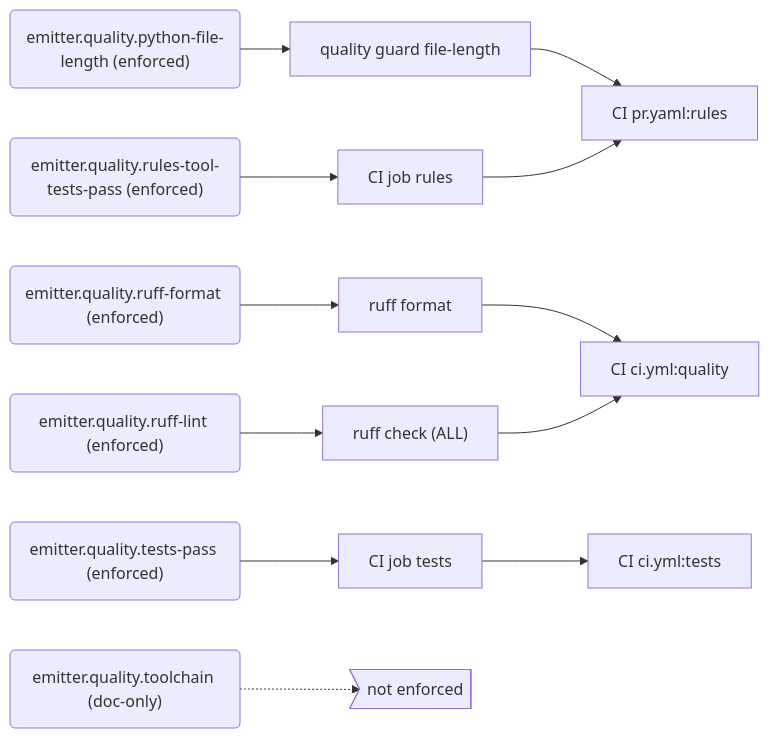
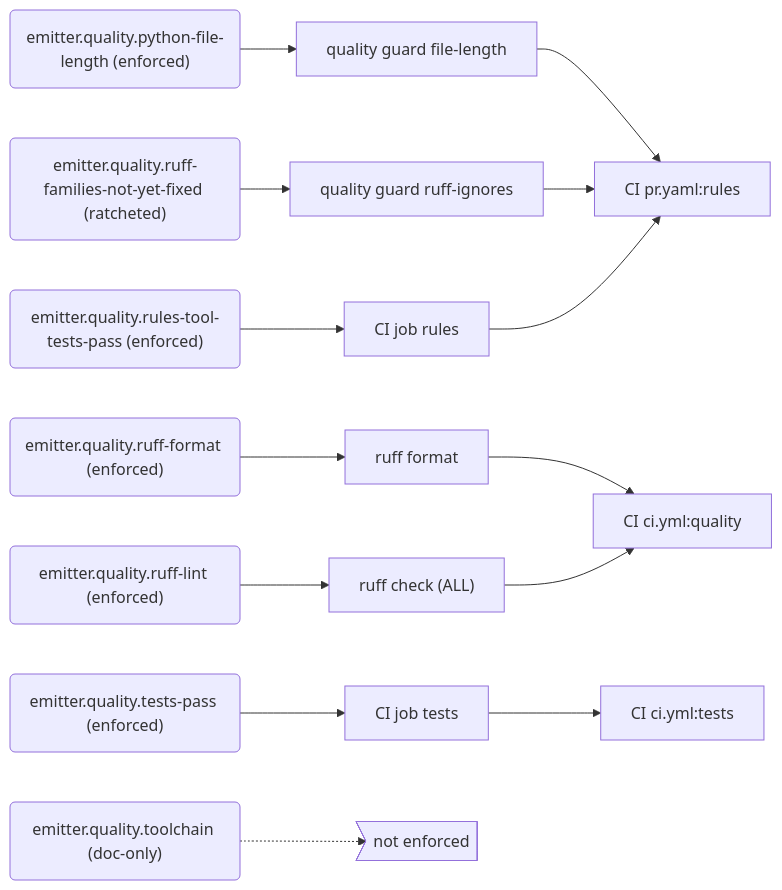
The sixth of 9 diagrams in docs/generated/rules.md (PolicyEngine/local-services), drawn with Mermaid before and after one commit. The commit also changed other lines of this file and 6 other files, not shown here.

First line of the commit message:
Ratchet the Ruff rule families not fixed yet

````diff
--- a/docs/generated/rules.md
+++ b/docs/generated/rules.md
@@ -237,29 +243,33 @@
 ```mermaid
 flowchart LR
   r_emitter_quality_python_file_length("emitter.quality.python-file-length (enforced)")
   e_quality_guard_file_length["quality guard file-length"]
   j_CI_pr_yaml_rules["CI pr.yaml:rules"]
+  r_emitter_quality_ruff_families_not_yet_fixed("emitter.quality.ruff-families-not-yet-fixed (ratcheted)")
+  e_quality_guard_ruff_ignores["quality guard ruff-ignores"]
   r_emitter_quality_ruff_format("emitter.quality.ruff-format (enforced)")
   e_ruff_format["ruff format"]
   j_CI_ci_yml_quality["CI ci.yml:quality"]
   r_emitter_quality_ruff_lint("emitter.quality.ruff-lint (enforced)")
   e_ruff_check__ALL_["ruff check (ALL)"]
   r_emitter_quality_rules_tool_tests_pass("emitter.quality.rules-tool-tests-pass (enforced)")
   e_CI_job_rules["CI job rules"]
   r_emitter_quality_tests_pass("emitter.quality.tests-pass (enforced)")
   e_CI_job_tests["CI job tests"]
   j_CI_ci_yml_tests["CI ci.yml:tests"]
   r_emitter_quality_toolchain("emitter.quality.toolchain (doc-only)")
   gap_unenforced>"not enforced"]
   r_emitter_quality_python_file_length --> e_quality_guard_file_length
   e_quality_guard_file_length --> j_CI_pr_yaml_rules
+  r_emitter_quality_ruff_families_not_yet_fixed --> e_quality_guard_ruff_ignores
+  e_quality_guard_ruff_ignores --> j_CI_pr_yaml_rules
   r_emitter_quality_ruff_format --> e_ruff_format
   e_ruff_format --> j_CI_ci_yml_quality
   r_emitter_quality_ruff_lint --> e_ruff_check__ALL_
   e_ruff_check__ALL_ --> j_CI_ci_yml_quality
   r_emitter_quality_rules_tool_tests_pass --> e_CI_job_rules
   e_CI_job_rules --> j_CI_pr_yaml_rules
   r_emitter_quality_tests_pass --> e_CI_job_tests
   e_CI_job_tests --> j_CI_ci_yml_tests
   r_emitter_quality_toolchain -.-> gap_unenforced
 ```
````
